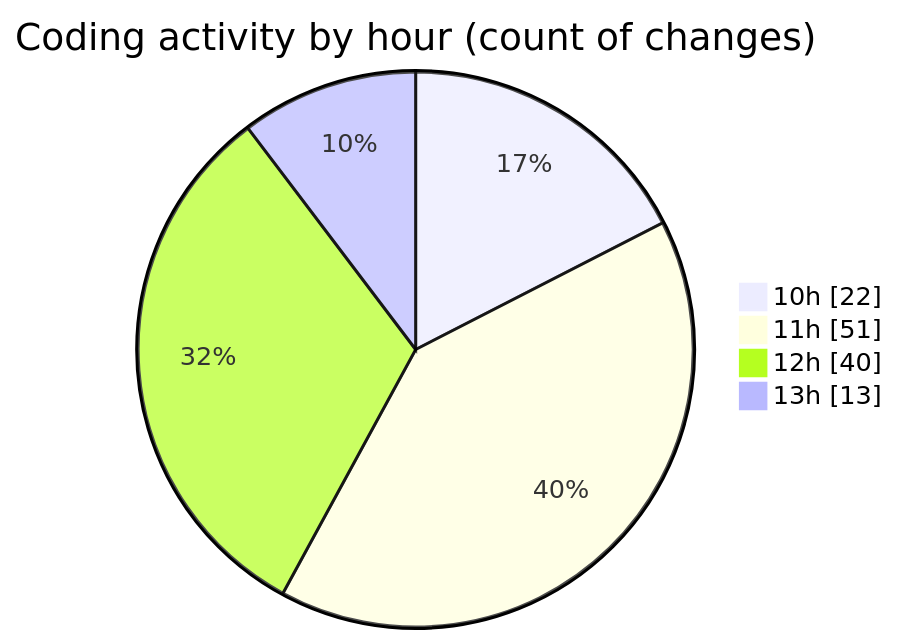
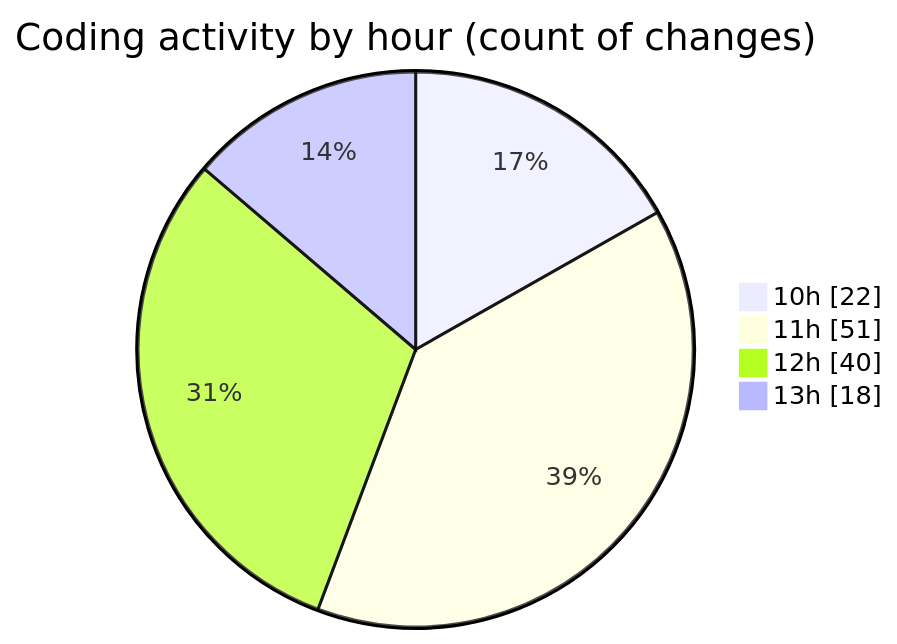
Before and after one commit to momahboobian/code-tracking: the second of 2 diagrams in 2025-04-29/cda/README.md, drawn with Mermaid. The commit also changed other lines of this file and 1 other file, not shown here.

````diff
--- a/2025-04-29/cda/README.md
+++ b/2025-04-29/cda/README.md
@@ -51,8 +51,8 @@
 ```mermaid
 pie showData
 title Coding activity by hour (count of changes)
 "10h" : 22
 "11h" : 51
 "12h" : 40
-"13h" : 13
+"13h" : 18
 ```
````
